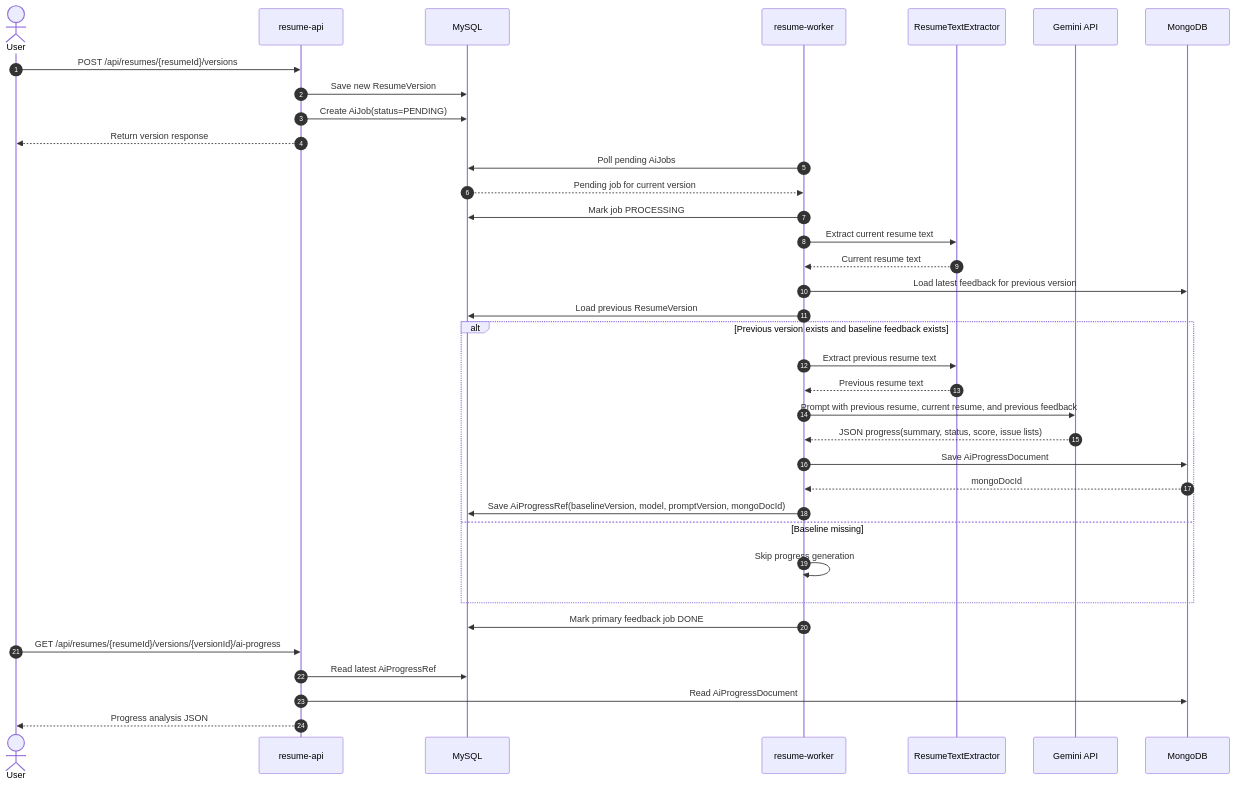
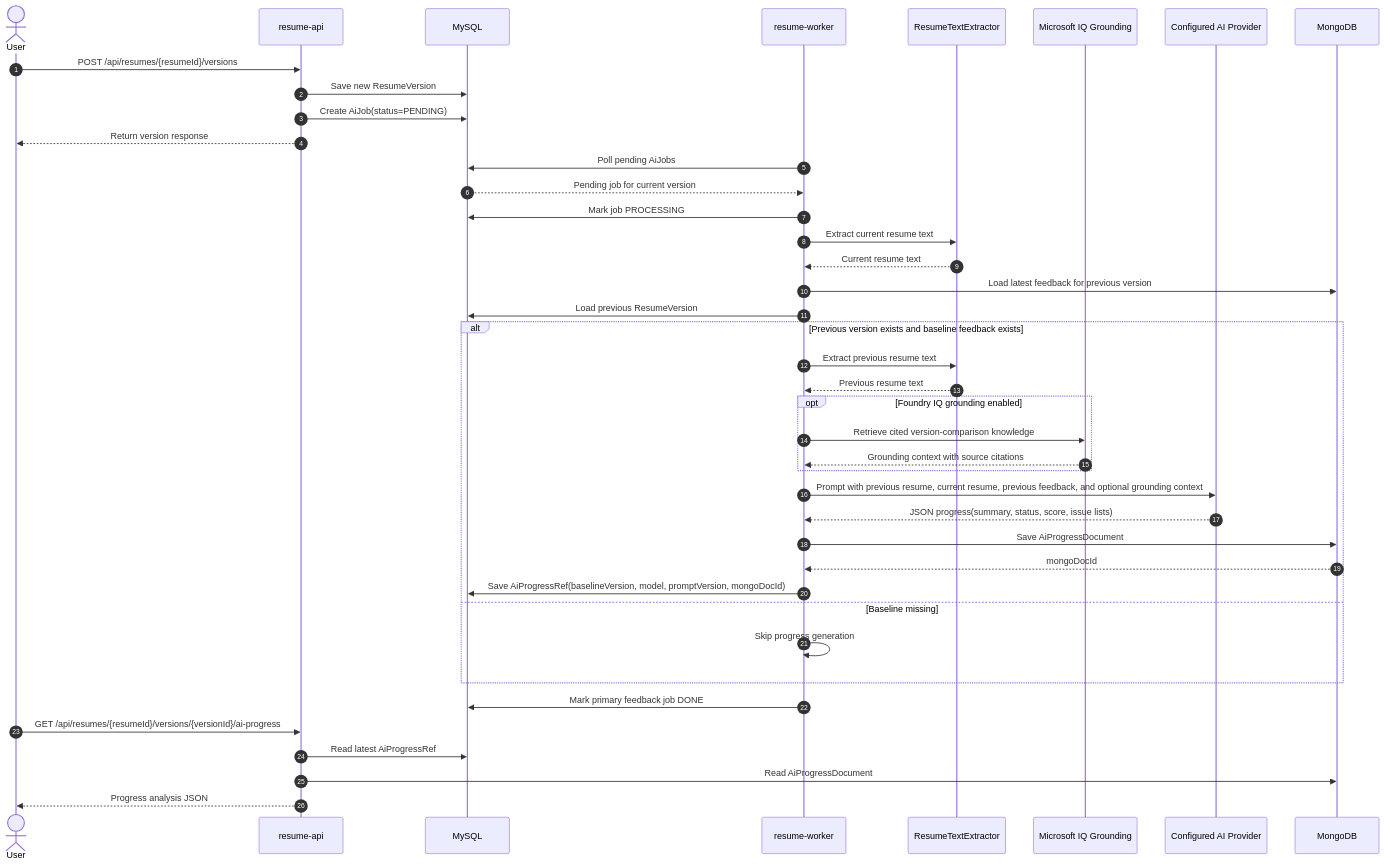
The third of 3 diagrams in docs/project-documentation/architecture.md (helenapedro/resume-feedback-platform), drawn with Mermaid before and after one commit. The commit also changed other lines of this file and 65 other files, not shown here.

````diff
--- a/docs/project-documentation/architecture.md
+++ b/docs/project-documentation/architecture.md
@@ -106,44 +117,49 @@
 ```mermaid
 sequenceDiagram
     autonumber
     actor User
     participant API as resume-api
     participant MySQL as MySQL
     participant Worker as resume-worker
     participant Extractor as ResumeTextExtractor
-    participant Gemini as Gemini API
+    participant Grounding as Microsoft IQ Grounding
+    participant Provider as Configured AI Provider
     participant Mongo as MongoDB
 
     User->>API: POST /api/resumes/{resumeId}/versions
     API->>MySQL: Save new ResumeVersion
     API->>MySQL: Create AiJob(status=PENDING)
     API-->>User: Return version response
 
     Worker->>MySQL: Poll pending AiJobs
     MySQL-->>Worker: Pending job for current version
     Worker->>MySQL: Mark job PROCESSING
 
     Worker->>Extractor: Extract current resume text
     Extractor-->>Worker: Current resume text
     Worker->>Mongo: Load latest feedback for previous version
     Worker->>MySQL: Load previous ResumeVersion
 
     alt Previous version exists and baseline feedback exists
         Worker->>Extractor: Extract previous resume text
         Extractor-->>Worker: Previous resume text
-        Worker->>Gemini: Prompt with previous resume, current resume, and previous feedback
-        Gemini-->>Worker: JSON progress(summary, status, score, issue lists)
+        opt Foundry IQ grounding enabled
+            Worker->>Grounding: Retrieve cited version-comparison knowledge
+            Grounding-->>Worker: Grounding context with source citations
+        end
+        Worker->>Provider: Prompt with previous resume, current resume, previous feedback, and optional grounding context
+        Provider-->>Worker: JSON progress(summary, status, score, issue lists)
         Worker->>Mongo: Save AiProgressDocument
         Mongo-->>Worker: mongoDocId
         Worker->>MySQL: Save AiProgressRef(baselineVersion, model, promptVersion, mongoDocId)
     else Baseline missing
         Worker->>Worker: Skip progress generation
     end
 
     Worker->>MySQL: Mark primary feedback job DONE
 
     User->>API: GET /api/resumes/{resumeId}/versions/{versionId}/ai-progress
     API->>MySQL: Read latest AiProgressRef
     API->>Mongo: Read AiProgressDocument
     API-->>User: Progress analysis JSON
 ```
````
